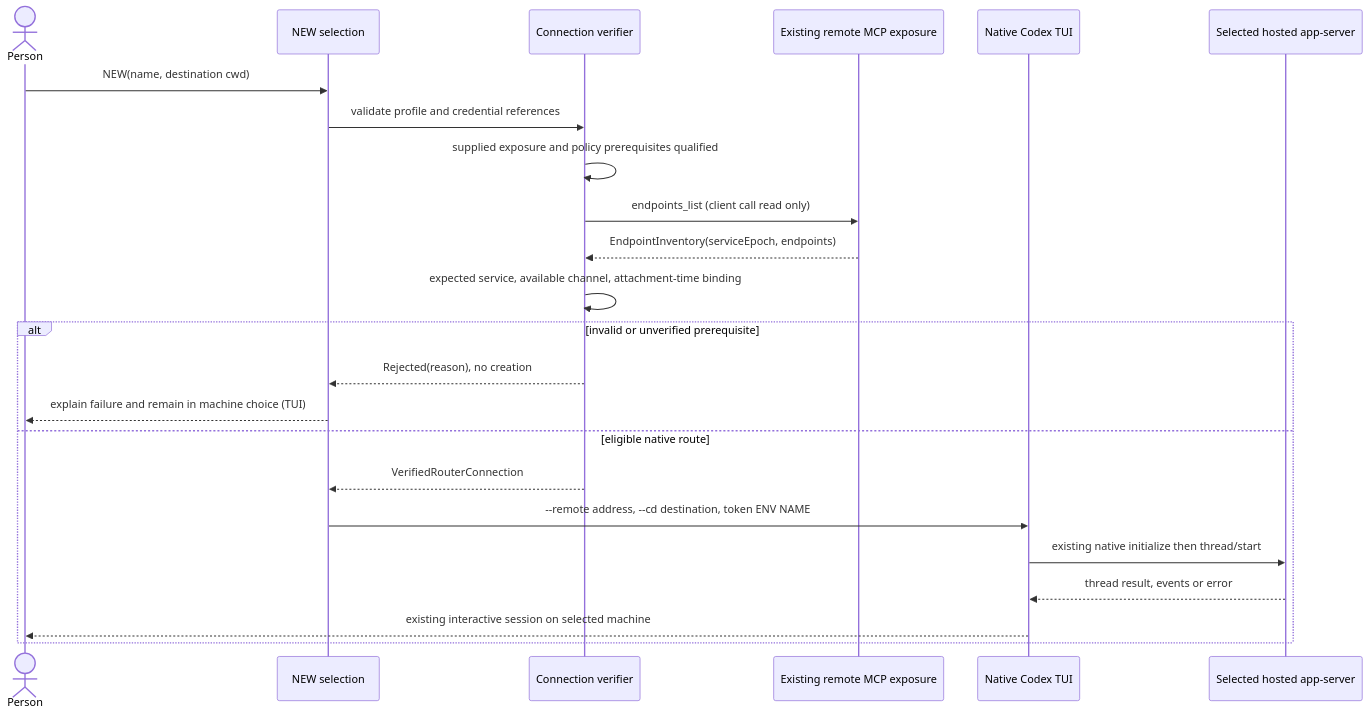
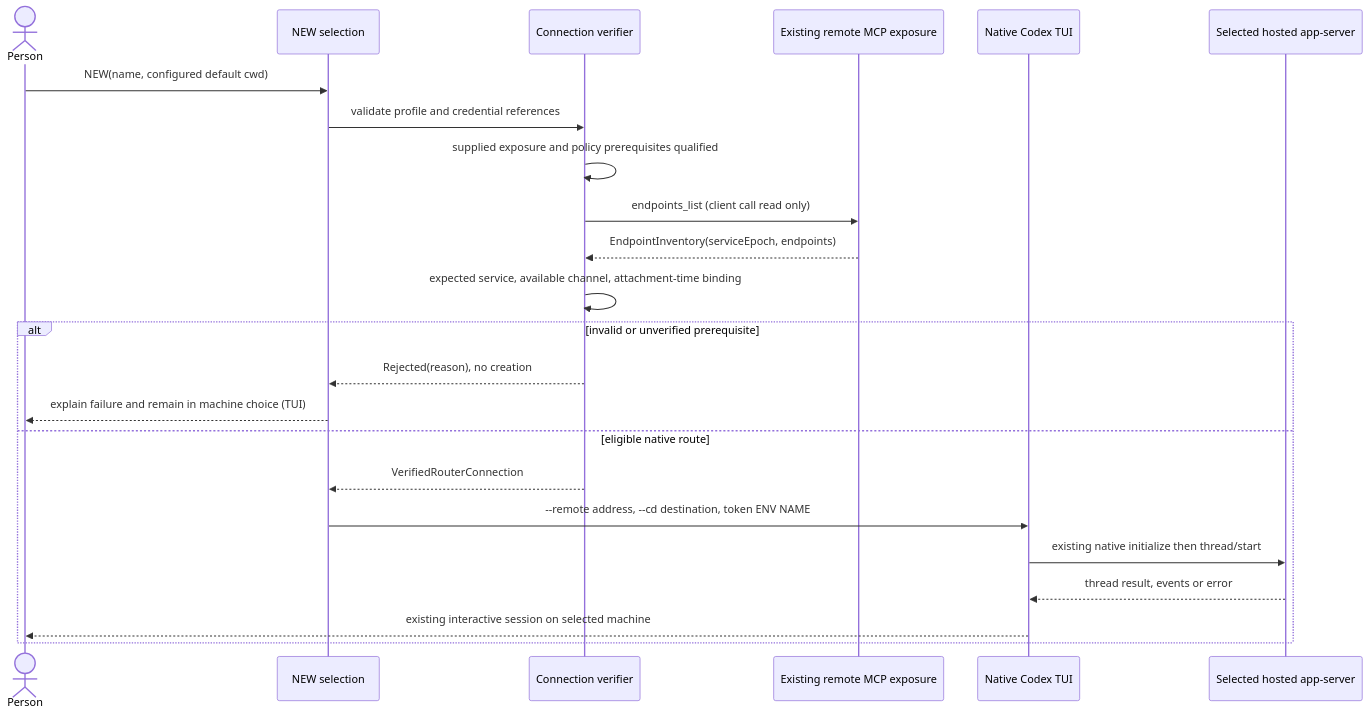
The second of 4 diagrams in docs/specs/2026-10-03-router-selector/2026-10-03-router-selector-program-design.md (ShravanSunder/codex-router), drawn with Mermaid before and after one commit. The commit also changed other lines of this file and 3 other files, not shown here.

````diff
--- a/docs/specs/2026-10-03-router-selector/2026-10-03-router-selector-program-design.md
+++ b/docs/specs/2026-10-03-router-selector/2026-10-03-router-selector-program-design.md
@@ -91,25 +91,25 @@
 ```mermaid
 sequenceDiagram
   actor Person
   participant New as NEW selection
   participant Verify as Connection verifier
   participant MCP as Existing remote MCP exposure
   participant Native as Native Codex TUI
   participant Host as Selected hosted app-server
-  Person->>New: NEW(name, destination cwd)
+  Person->>New: NEW(name, configured default cwd)
   New->>Verify: validate profile and credential references
   Verify->>Verify: supplied exposure and policy prerequisites qualified
   Verify->>MCP: endpoints_list (client call read only)
   MCP-->>Verify: EndpointInventory(serviceEpoch, endpoints)
   Verify->>Verify: expected service, available channel, attachment-time binding
   alt invalid or unverified prerequisite
     Verify-->>New: Rejected(reason), no creation
     New-->>Person: explain failure and remain in machine choice (TUI)
   else eligible native route
     Verify-->>New: VerifiedRouterConnection
     New->>Native: --remote address, --cd destination, token ENV NAME
     Native->>Host: existing native initialize then thread/start
     Host-->>Native: thread result, events or error
     Native-->>Person: existing interactive session on selected machine
   end
 ```
````
